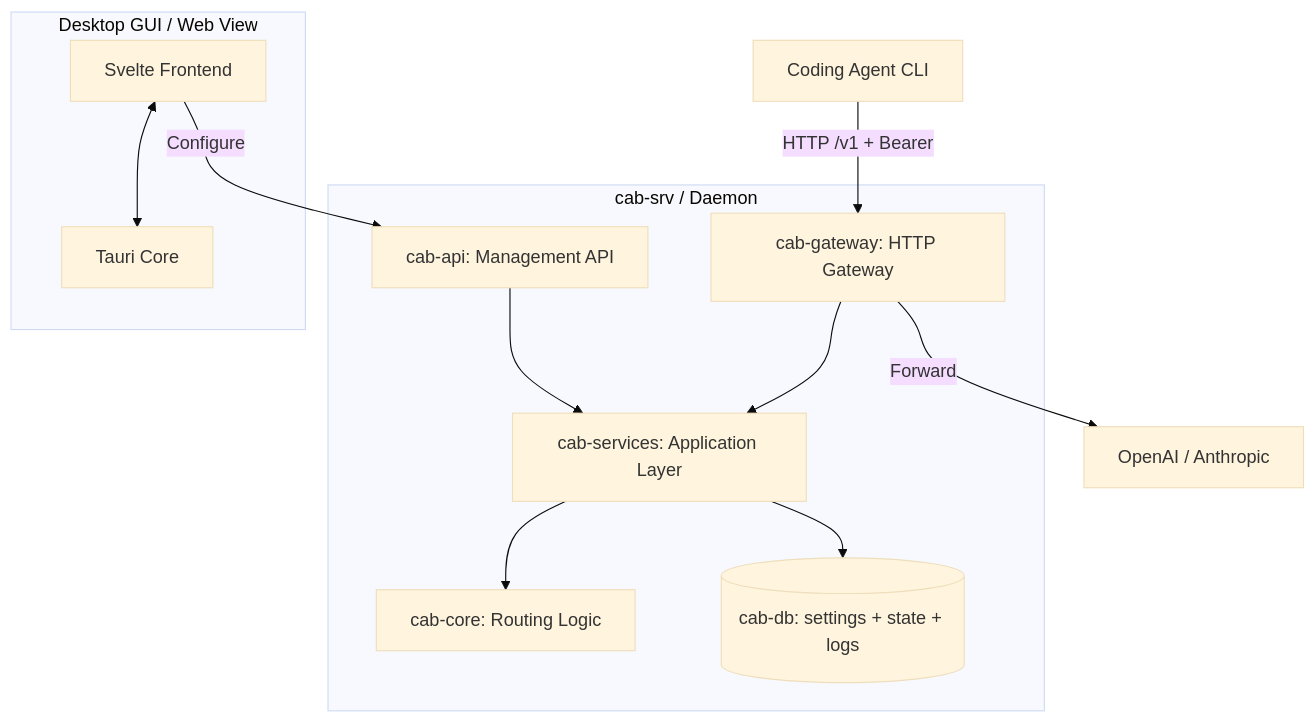
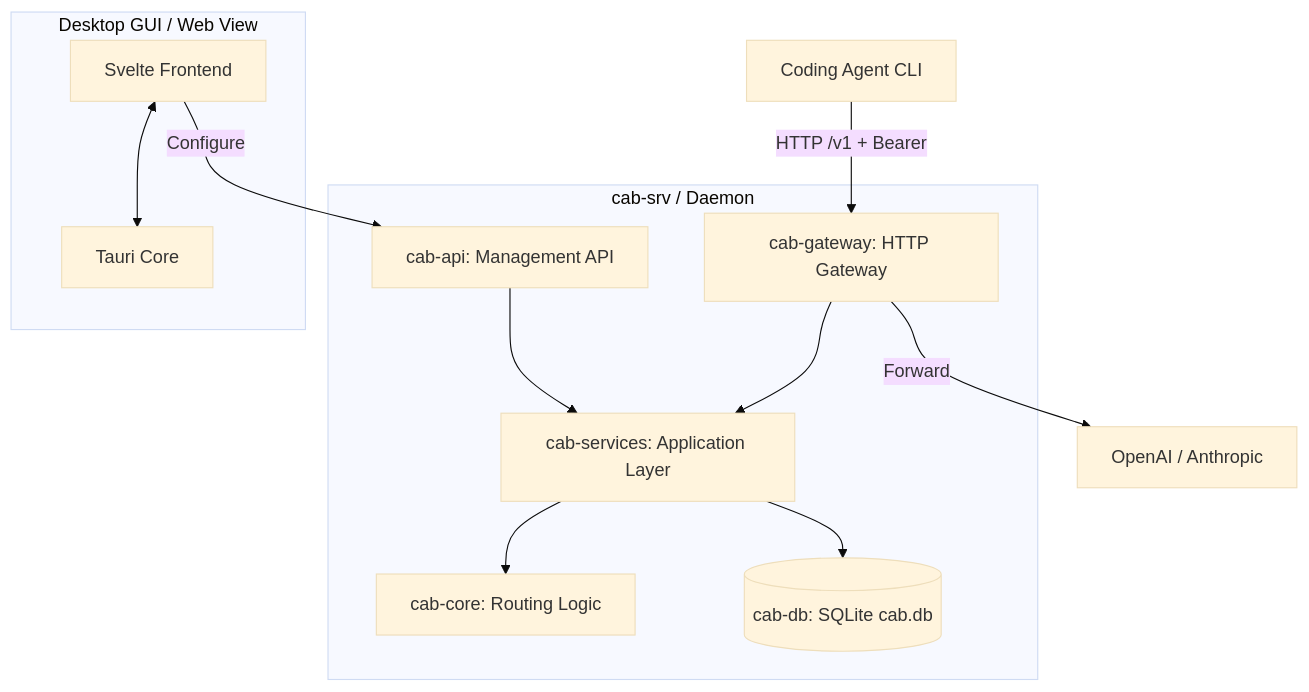
Before and after one commit to xiongdi/cab: the diagram in README.md, drawn with Mermaid (base theme). The commit also changed other lines of this file and 49 other files, not shown here.

````diff
--- a/README.md
+++ b/README.md
@@ -21,22 +21,22 @@
 ```mermaid
 graph TD
     subgraph Frontend [Desktop GUI / Web View]
         Svelte[Svelte Frontend] <--> Tauri[Tauri Core]
     end
 
     subgraph Backend [cab-srv / Daemon]
         API[cab-api: Management API]
         Gateway[cab-gateway: HTTP Gateway]
         Services[cab-services: Application Layer]
-        DB[(cab-db: settings + state + logs)]
+        DB[(cab-db: SQLite cab.db)]
         Core[cab-core: Routing Logic]
     end
 
     AgentCLI[Coding Agent CLI] -- "HTTP /v1 + Bearer" --> Gateway
     Gateway --> Services
     Services --> Core
     Services --> DB
     Gateway -- "Forward" --> LLM[OpenAI / Anthropic]
     Svelte -- "Configure" --> API
     API --> Services
 ```
````
